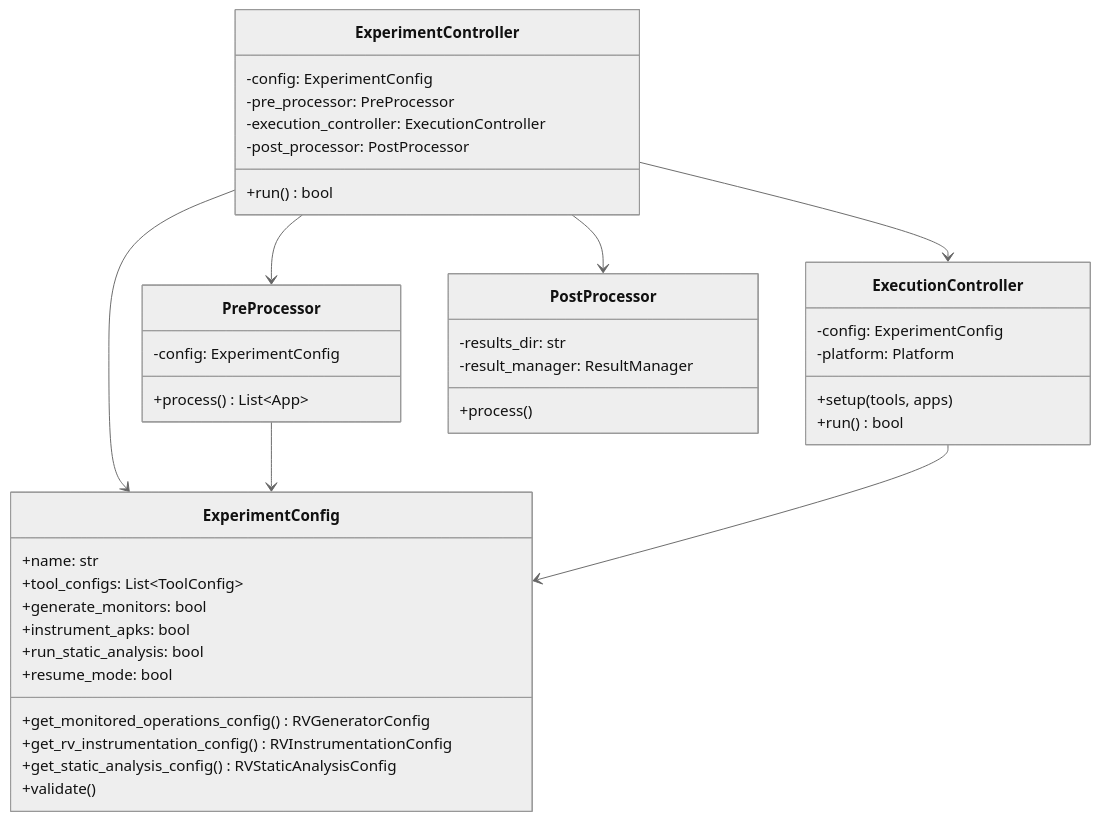
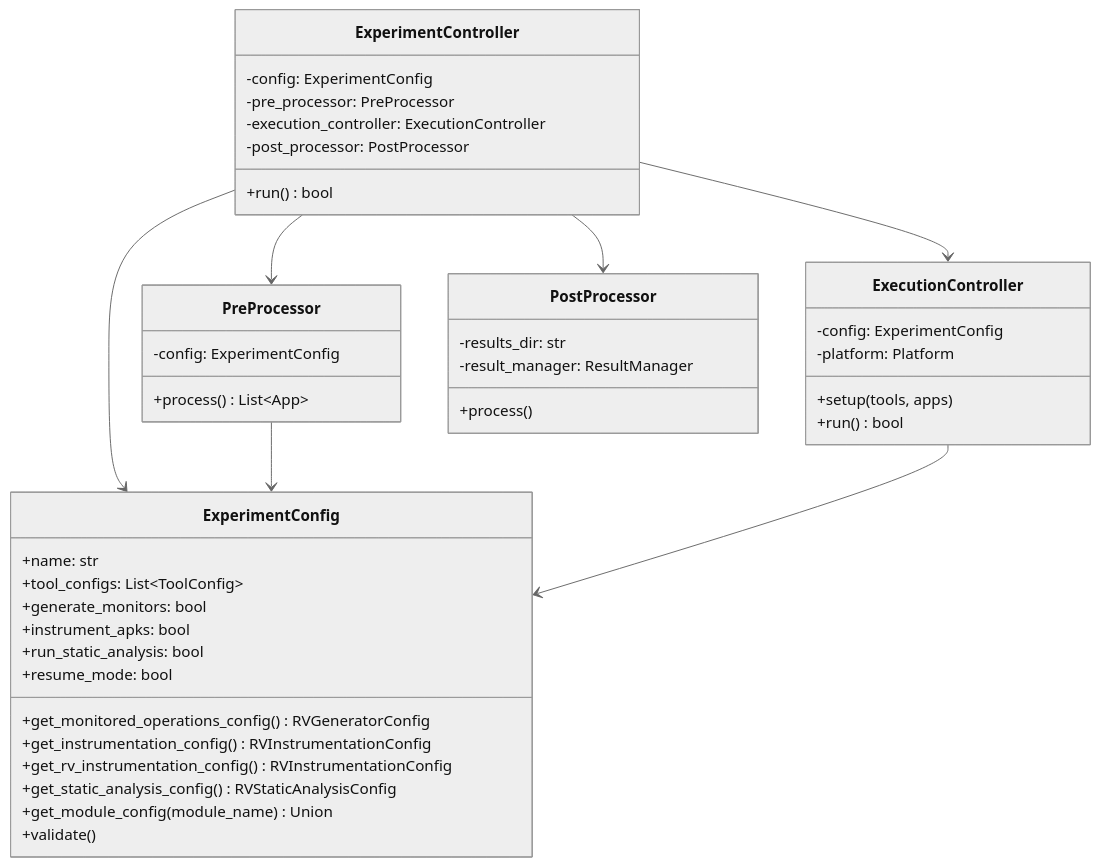
Before and after one commit to PAMunb/rvsec: the fourth of 4 diagrams in rv-android/modules/rv-experiment/docs/architecture.md, drawn with Mermaid. The commit also changed other lines of this file and 11 other files, not shown here.

````diff
--- a/rv-android/modules/rv-experiment/docs/architecture.md
+++ b/rv-android/modules/rv-experiment/docs/architecture.md
@@ -486,49 +494,51 @@
 ```mermaid
 %%{init: {'theme': 'neutral'}}%%
 classDiagram
     class ExperimentController {
         -config: ExperimentConfig
         -pre_processor: PreProcessor
         -execution_controller: ExecutionController
         -post_processor: PostProcessor
         +run() bool
     }
 
     class PreProcessor {
         -config: ExperimentConfig
         +process() List~App~
     }
 
     class ExecutionController {
         -config: ExperimentConfig
         -platform: Platform
         +setup(tools, apps)
         +run() bool
     }
 
     class PostProcessor {
         -results_dir: str
         -result_manager: ResultManager
         +process()
     }
 
     class ExperimentConfig {
         +name: str
         +tool_configs: List~ToolConfig~
         +generate_monitors: bool
         +instrument_apks: bool
         +run_static_analysis: bool
         +resume_mode: bool
         +get_monitored_operations_config() RVGeneratorConfig
+        +get_instrumentation_config() RVInstrumentationConfig
         +get_rv_instrumentation_config() RVInstrumentationConfig
         +get_static_analysis_config() RVStaticAnalysisConfig
+        +get_module_config(module_name) Union
         +validate()
     }
 
     ExperimentController --> PreProcessor
     ExperimentController --> ExecutionController
     ExperimentController --> PostProcessor
     ExperimentController --> ExperimentConfig
     PreProcessor --> ExperimentConfig
     ExecutionController --> ExperimentConfig
 ```
````
